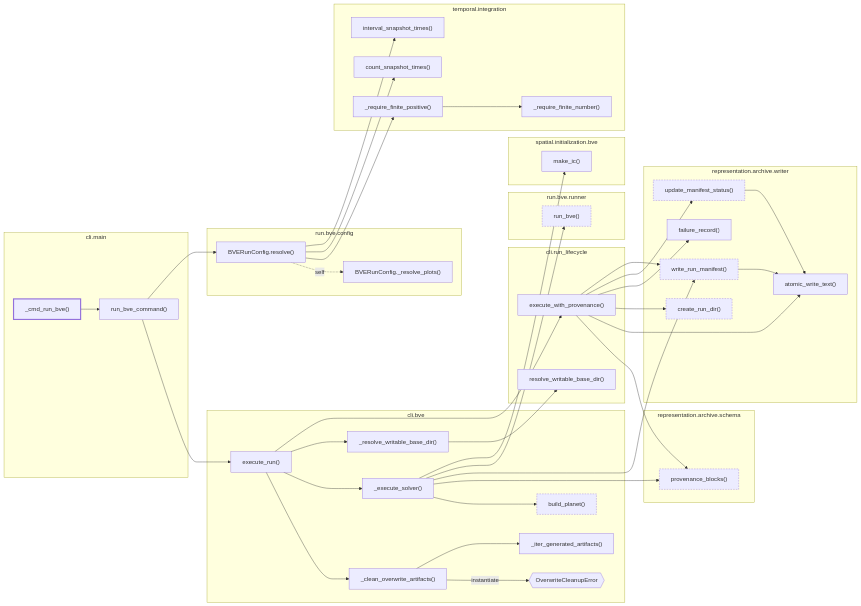
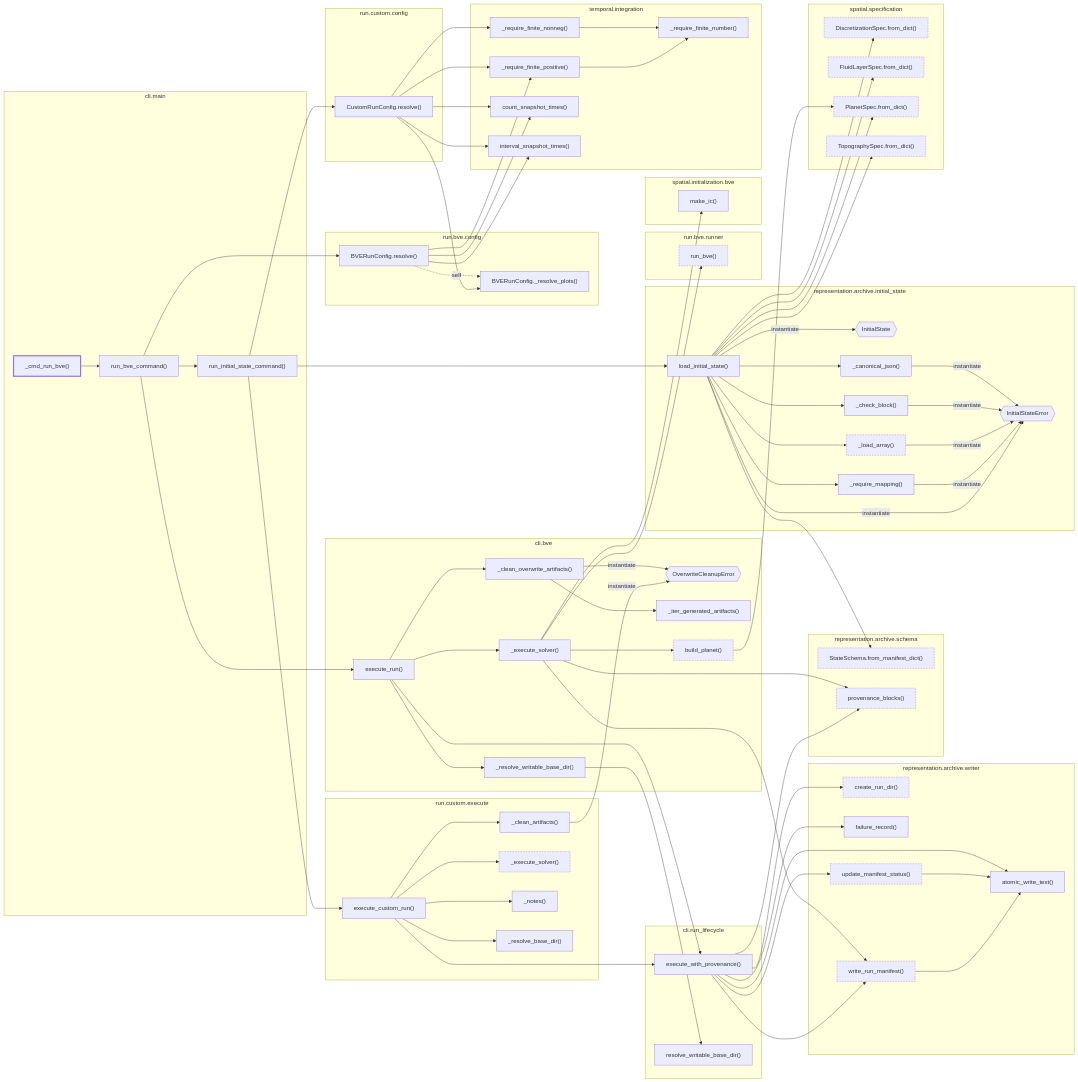
The diagram in docs/architecture/current/calls/cli-run-bve.mmd (AlexandreEros/Palintropos), drawn with Mermaid before and after one commit. The commit also changed 16 other files, not shown here.

First line of the commit message:
fix(custom): make initial-state overwrite recoverable; add --initial-state to tropoi run

```diff
--- a/docs/architecture/current/calls/cli-run-bve.mmd
+++ b/docs/architecture/current/calls/cli-run-bve.mmd
@@ -1,83 +1,150 @@
 %% Generated by tools.architecture 1.0.0. Do not edit by hand.
 %% Static call graph from tropoi.cli.main._cmd_run_bve, depth <= 4. Solid: call/instantiate/__init__/super. Dashed: self-dispatch and possible overrides. Dashed border: node with further calls beyond the depth cut.
 flowchart LR
     subgraph g_tropoi_ocli_obve["cli.bve"]
         n_tropoi_ocli_obve_oOverwriteCleanupError{{"OverwriteCleanupError"}}
         n_tropoi_ocli_obve_o__clean__overwrite__artifacts["_clean_overwrite_artifacts()"]
         n_tropoi_ocli_obve_o__execute__solver["_execute_solver()"]
         n_tropoi_ocli_obve_o__iter__generated__artifacts["_iter_generated_artifacts()"]
         n_tropoi_ocli_obve_o__resolve__writable__base__dir["_resolve_writable_base_dir()"]
         n_tropoi_ocli_obve_obuild__planet["build_planet()"]
         n_tropoi_ocli_obve_oexecute__run["execute_run()"]
     end
     subgraph g_tropoi_ocli_omain["cli.main"]
         n_tropoi_ocli_omain_o__cmd__run__bve["_cmd_run_bve()"]
         n_tropoi_ocli_omain_orun__bve__command["run_bve_command()"]
+        n_tropoi_ocli_omain_orun__initial__state__command["run_initial_state_command()"]
     end
     subgraph g_tropoi_ocli_orun__lifecycle["cli.run_lifecycle"]
         n_tropoi_ocli_orun__lifecycle_oexecute__with__provenance["execute_with_provenance()"]
         n_tropoi_ocli_orun__lifecycle_oresolve__writable__base__dir["resolve_writable_base_dir()"]
     end
+    subgraph g_tropoi_orepresentation_oarchive_oinitial__state["representation.archive.initial_state"]
+        n_tropoi_orepresentation_oarchive_oinitial__state_oInitialState{{"InitialState"}}
+        n_tropoi_orepresentation_oarchive_oinitial__state_oInitialStateError{{"InitialStateError"}}
+        n_tropoi_orepresentation_oarchive_oinitial__state_o__canonical__json["_canonical_json()"]
+        n_tropoi_orepresentation_oarchive_oinitial__state_o__check__block["_check_block()"]
+        n_tropoi_orepresentation_oarchive_oinitial__state_o__load__array["_load_array()"]
+        n_tropoi_orepresentation_oarchive_oinitial__state_o__require__mapping["_require_mapping()"]
+        n_tropoi_orepresentation_oarchive_oinitial__state_oload__initial__state["load_initial_state()"]
+    end
     subgraph g_tropoi_orepresentation_oarchive_oschema["representation.archive.schema"]
+        n_tropoi_orepresentation_oarchive_oschema_oStateSchema_ofrom__manifest__dict["StateSchema.from_manifest_dict()"]
         n_tropoi_orepresentation_oarchive_oschema_oprovenance__blocks["provenance_blocks()"]
     end
     subgraph g_tropoi_orepresentation_oarchive_owriter["representation.archive.writer"]
         n_tropoi_orepresentation_oarchive_owriter_oatomic__write__text["atomic_write_text()"]
         n_tropoi_orepresentation_oarchive_owriter_ocreate__run__dir["create_run_dir()"]
         n_tropoi_orepresentation_oarchive_owriter_ofailure__record["failure_record()"]
         n_tropoi_orepresentation_oarchive_owriter_oupdate__manifest__status["update_manifest_status()"]
         n_tropoi_orepresentation_oarchive_owriter_owrite__run__manifest["write_run_manifest()"]
     end
     subgraph g_tropoi_orun_obve_oconfig["run.bve.config"]
         n_tropoi_orun_obve_oconfig_oBVERunConfig_o__resolve__plots["BVERunConfig._resolve_plots()"]
         n_tropoi_orun_obve_oconfig_oBVERunConfig_oresolve["BVERunConfig.resolve()"]
     end
     subgraph g_tropoi_orun_obve_orunner["run.bve.runner"]
         n_tropoi_orun_obve_orunner_orun__bve["run_bve()"]
     end
+    subgraph g_tropoi_orun_ocustom_oconfig["run.custom.config"]
+        n_tropoi_orun_ocustom_oconfig_oCustomRunConfig_oresolve["CustomRunConfig.resolve()"]
+    end
+    subgraph g_tropoi_orun_ocustom_oexecute["run.custom.execute"]
+        n_tropoi_orun_ocustom_oexecute_o__clean__artifacts["_clean_artifacts()"]
+        n_tropoi_orun_ocustom_oexecute_o__execute__solver["_execute_solver()"]
+        n_tropoi_orun_ocustom_oexecute_o__notes["_notes()"]
+        n_tropoi_orun_ocustom_oexecute_o__resolve__base__dir["_resolve_base_dir()"]
+        n_tropoi_orun_ocustom_oexecute_oexecute__custom__run["execute_custom_run()"]
+    end
     subgraph g_tropoi_ospatial_oinitialization_obve["spatial.initialization.bve"]
         n_tropoi_ospatial_oinitialization_obve_omake__ic["make_ic()"]
     end
+    subgraph g_tropoi_ospatial_ospecification["spatial.specification"]
+        n_tropoi_ospatial_ospecification_oDiscretizationSpec_ofrom__dict["DiscretizationSpec.from_dict()"]
+        n_tropoi_ospatial_ospecification_oFluidLayerSpec_ofrom__dict["FluidLayerSpec.from_dict()"]
+        n_tropoi_ospatial_ospecification_oPlanetSpec_ofrom__dict["PlanetSpec.from_dict()"]
+        n_tropoi_ospatial_ospecification_oTopographySpec_ofrom__dict["TopographySpec.from_dict()"]
+    end
     subgraph g_tropoi_otemporal_ointegration["temporal.integration"]
+        n_tropoi_otemporal_ointegration_o__require__finite__nonneg["_require_finite_nonneg()"]
         n_tropoi_otemporal_ointegration_o__require__finite__number["_require_finite_number()"]
         n_tropoi_otemporal_ointegration_o__require__finite__positive["_require_finite_positive()"]
         n_tropoi_otemporal_ointegration_ocount__snapshot__times["count_snapshot_times()"]
         n_tropoi_otemporal_ointegration_ointerval__snapshot__times["interval_snapshot_times()"]
     end
     n_tropoi_ocli_obve_o__clean__overwrite__artifacts -->|instantiate| n_tropoi_ocli_obve_oOverwriteCleanupError
     n_tropoi_ocli_obve_o__clean__overwrite__artifacts --> n_tropoi_ocli_obve_o__iter__generated__artifacts
     n_tropoi_ocli_obve_o__execute__solver --> n_tropoi_ocli_obve_obuild__planet
     n_tropoi_ocli_obve_o__execute__solver --> n_tropoi_orepresentation_oarchive_oschema_oprovenance__blocks
     n_tropoi_ocli_obve_o__execute__solver --> n_tropoi_orepresentation_oarchive_owriter_owrite__run__manifest
     n_tropoi_ocli_obve_o__execute__solver --> n_tropoi_orun_obve_orunner_orun__bve
     n_tropoi_ocli_obve_o__execute__solver --> n_tropoi_ospatial_oinitialization_obve_omake__ic
     n_tropoi_ocli_obve_o__resolve__writable__base__dir --> n_tropoi_ocli_orun__lifecycle_oresolve__writable__base__dir
+    n_tropoi_ocli_obve_obuild__planet --> n_tropoi_ospatial_ospecification_oPlanetSpec_ofrom__dict
     n_tropoi_ocli_obve_oexecute__run --> n_tropoi_ocli_obve_o__clean__overwrite__artifacts
     n_tropoi_ocli_obve_oexecute__run --> n_tropoi_ocli_obve_o__execute__solver
     n_tropoi_ocli_obve_oexecute__run --> n_tropoi_ocli_obve_o__resolve__writable__base__dir
     n_tropoi_ocli_obve_oexecute__run --> n_tropoi_ocli_orun__lifecycle_oexecute__with__provenance
     n_tropoi_ocli_omain_o__cmd__run__bve --> n_tropoi_ocli_omain_orun__bve__command
     n_tropoi_ocli_omain_orun__bve__command --> n_tropoi_ocli_obve_oexecute__run
+    n_tropoi_ocli_omain_orun__bve__command --> n_tropoi_ocli_omain_orun__initial__state__command
     n_tropoi_ocli_omain_orun__bve__command --> n_tropoi_orun_obve_oconfig_oBVERunConfig_oresolve
+    n_tropoi_ocli_omain_orun__initial__state__command --> n_tropoi_orepresentation_oarchive_oinitial__state_oload__initial__state
+    n_tropoi_ocli_omain_orun__initial__state__command --> n_tropoi_orun_ocustom_oconfig_oCustomRunConfig_oresolve
+    n_tropoi_ocli_omain_orun__initial__state__command --> n_tropoi_orun_ocustom_oexecute_oexecute__custom__run
     n_tropoi_ocli_orun__lifecycle_oexecute__with__provenance --> n_tropoi_orepresentation_oarchive_oschema_oprovenance__blocks
     n_tropoi_ocli_orun__lifecycle_oexecute__with__provenance --> n_tropoi_orepresentation_oarchive_owriter_oatomic__write__text
     n_tropoi_ocli_orun__lifecycle_oexecute__with__provenance --> n_tropoi_orepresentation_oarchive_owriter_ocreate__run__dir
     n_tropoi_ocli_orun__lifecycle_oexecute__with__provenance --> n_tropoi_orepresentation_oarchive_owriter_ofailure__record
     n_tropoi_ocli_orun__lifecycle_oexecute__with__provenance --> n_tropoi_orepresentation_oarchive_owriter_oupdate__manifest__status
     n_tropoi_ocli_orun__lifecycle_oexecute__with__provenance --> n_tropoi_orepresentation_oarchive_owriter_owrite__run__manifest
+    n_tropoi_orepresentation_oarchive_oinitial__state_o__canonical__json -->|instantiate| n_tropoi_orepresentation_oarchive_oinitial__state_oInitialStateError
+    n_tropoi_orepresentation_oarchive_oinitial__state_o__check__block -->|instantiate| n_tropoi_orepresentation_oarchive_oinitial__state_oInitialStateError
+    n_tropoi_orepresentation_oarchive_oinitial__state_o__load__array -->|instantiate| n_tropoi_orepresentation_oarchive_oinitial__state_oInitialStateError
+    n_tropoi_orepresentation_oarchive_oinitial__state_o__require__mapping -->|instantiate| n_tropoi_orepresentation_oarchive_oinitial__state_oInitialStateError
+    n_tropoi_orepresentation_oarchive_oinitial__state_oload__initial__state -->|instantiate| n_tropoi_orepresentation_oarchive_oinitial__state_oInitialState
+    n_tropoi_orepresentation_oarchive_oinitial__state_oload__initial__state -->|instantiate| n_tropoi_orepresentation_oarchive_oinitial__state_oInitialStateError
+    n_tropoi_orepresentation_oarchive_oinitial__state_oload__initial__state --> n_tropoi_orepresentation_oarchive_oinitial__state_o__canonical__json
+    n_tropoi_orepresentation_oarchive_oinitial__state_oload__initial__state --> n_tropoi_orepresentation_oarchive_oinitial__state_o__check__block
+    n_tropoi_orepresentation_oarchive_oinitial__state_oload__initial__state --> n_tropoi_orepresentation_oarchive_oinitial__state_o__load__array
+    n_tropoi_orepresentation_oarchive_oinitial__state_oload__initial__state --> n_tropoi_orepresentation_oarchive_oinitial__state_o__require__mapping
+    n_tropoi_orepresentation_oarchive_oinitial__state_oload__initial__state --> n_tropoi_orepresentation_oarchive_oschema_oStateSchema_ofrom__manifest__dict
+    n_tropoi_orepresentation_oarchive_oinitial__state_oload__initial__state --> n_tropoi_ospatial_ospecification_oDiscretizationSpec_ofrom__dict
+    n_tropoi_orepresentation_oarchive_oinitial__state_oload__initial__state --> n_tropoi_ospatial_ospecification_oFluidLayerSpec_ofrom__dict
+    n_tropoi_orepresentation_oarchive_oinitial__state_oload__initial__state --> n_tropoi_ospatial_ospecification_oPlanetSpec_ofrom__dict
+    n_tropoi_orepresentation_oarchive_oinitial__state_oload__initial__state --> n_tropoi_ospatial_ospecification_oTopographySpec_ofrom__dict
     n_tropoi_orepresentation_oarchive_owriter_oupdate__manifest__status --> n_tropoi_orepresentation_oarchive_owriter_oatomic__write__text
     n_tropoi_orepresentation_oarchive_owriter_owrite__run__manifest --> n_tropoi_orepresentation_oarchive_owriter_oatomic__write__text
     n_tropoi_orun_obve_oconfig_oBVERunConfig_oresolve -.->|self| n_tropoi_orun_obve_oconfig_oBVERunConfig_o__resolve__plots
     n_tropoi_orun_obve_oconfig_oBVERunConfig_oresolve --> n_tropoi_otemporal_ointegration_o__require__finite__positive
     n_tropoi_orun_obve_oconfig_oBVERunConfig_oresolve --> n_tropoi_otemporal_ointegration_ocount__snapshot__times
     n_tropoi_orun_obve_oconfig_oBVERunConfig_oresolve --> n_tropoi_otemporal_ointegration_ointerval__snapshot__times
+    n_tropoi_orun_ocustom_oconfig_oCustomRunConfig_oresolve --> n_tropoi_orun_obve_oconfig_oBVERunConfig_o__resolve__plots
+    n_tropoi_orun_ocustom_oconfig_oCustomRunConfig_oresolve --> n_tropoi_otemporal_ointegration_o__require__finite__nonneg
+    n_tropoi_orun_ocustom_oconfig_oCustomRunConfig_oresolve --> n_tropoi_otemporal_ointegration_o__require__finite__positive
+    n_tropoi_orun_ocustom_oconfig_oCustomRunConfig_oresolve --> n_tropoi_otemporal_ointegration_ocount__snapshot__times
+    n_tropoi_orun_ocustom_oconfig_oCustomRunConfig_oresolve --> n_tropoi_otemporal_ointegration_ointerval__snapshot__times
+    n_tropoi_orun_ocustom_oexecute_o__clean__artifacts -->|instantiate| n_tropoi_ocli_obve_oOverwriteCleanupError
+    n_tropoi_orun_ocustom_oexecute_oexecute__custom__run --> n_tropoi_ocli_orun__lifecycle_oexecute__with__provenance
+    n_tropoi_orun_ocustom_oexecute_oexecute__custom__run --> n_tropoi_orun_ocustom_oexecute_o__clean__artifacts
+    n_tropoi_orun_ocustom_oexecute_oexecute__custom__run --> n_tropoi_orun_ocustom_oexecute_o__execute__solver
+    n_tropoi_orun_ocustom_oexecute_oexecute__custom__run --> n_tropoi_orun_ocustom_oexecute_o__notes
+    n_tropoi_orun_ocustom_oexecute_oexecute__custom__run --> n_tropoi_orun_ocustom_oexecute_o__resolve__base__dir
+    n_tropoi_otemporal_ointegration_o__require__finite__nonneg --> n_tropoi_otemporal_ointegration_o__require__finite__number
     n_tropoi_otemporal_ointegration_o__require__finite__positive --> n_tropoi_otemporal_ointegration_o__require__finite__number
     classDef root stroke-width:3px
     classDef truncated stroke-dasharray:4 3
     class n_tropoi_ocli_omain_o__cmd__run__bve root
     class n_tropoi_ocli_obve_obuild__planet truncated
+    class n_tropoi_orepresentation_oarchive_oinitial__state_o__load__array truncated
+    class n_tropoi_orepresentation_oarchive_oschema_oStateSchema_ofrom__manifest__dict truncated
     class n_tropoi_orepresentation_oarchive_oschema_oprovenance__blocks truncated
     class n_tropoi_orepresentation_oarchive_owriter_ocreate__run__dir truncated
     class n_tropoi_orepresentation_oarchive_owriter_oupdate__manifest__status truncated
     class n_tropoi_orepresentation_oarchive_owriter_owrite__run__manifest truncated
     class n_tropoi_orun_obve_orunner_orun__bve truncated
+    class n_tropoi_orun_ocustom_oexecute_o__execute__solver truncated
+    class n_tropoi_ospatial_ospecification_oDiscretizationSpec_ofrom__dict truncated
+    class n_tropoi_ospatial_ospecification_oFluidLayerSpec_ofrom__dict truncated
+    class n_tropoi_ospatial_ospecification_oPlanetSpec_ofrom__dict truncated
+    class n_tropoi_ospatial_ospecification_oTopographySpec_ofrom__dict truncated
```
